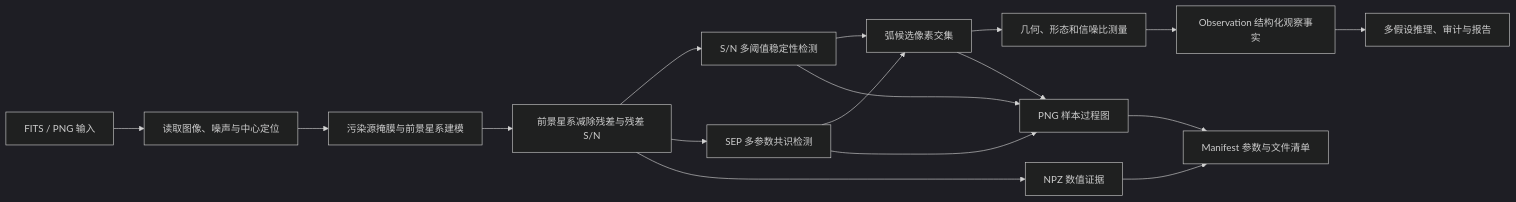
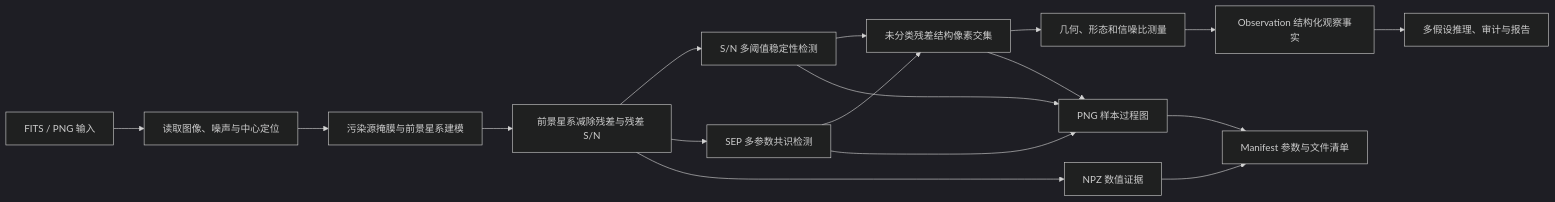
One commit to moonlovist/SL-agent changed the diagram in src/docs/VISION_PROCESS_FLOW_CN.md. Above: the diagram before and after it, drawn with Mermaid (dark theme). The commit also changed 16 other files, not shown here.

````diff
--- a/src/docs/VISION_PROCESS_FLOW_CN.md
+++ b/src/docs/VISION_PROCESS_FLOW_CN.md
@@ -5,19 +5,19 @@
 ```mermaid
 flowchart LR
     A["FITS / PNG 输入"] --> B["读取图像、噪声与中心定位"]
     B --> C["污染源掩膜与前景星系建模"]
     C --> D["前景星系减除残差与残差 S/N"]
     D --> E["S/N 多阈值稳定性检测"]
     D --> F["SEP 多参数共识检测"]
-    E --> G["弧候选像素交集"]
+    E --> G["未分类残差结构像素交集"]
     F --> G
     G --> H["几何、形态和信噪比测量"]
     H --> I["Observation 结构化观察事实"]
     I --> J["多假设推理、审计与报告"]
     D --> K["NPZ 数值证据"]
     E --> L["PNG 样本过程图"]
     F --> L
     G --> L
     K --> M["Manifest 参数与文件清单"]
     L --> M
 ```
````
